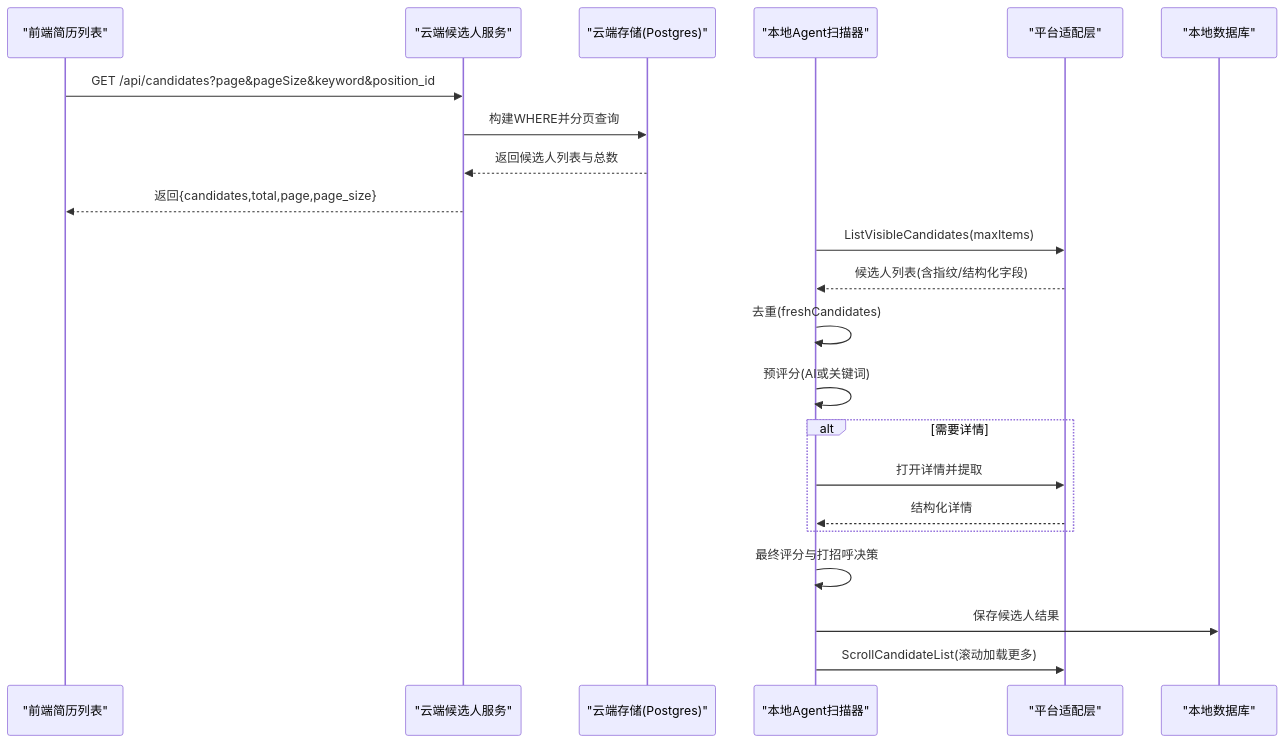
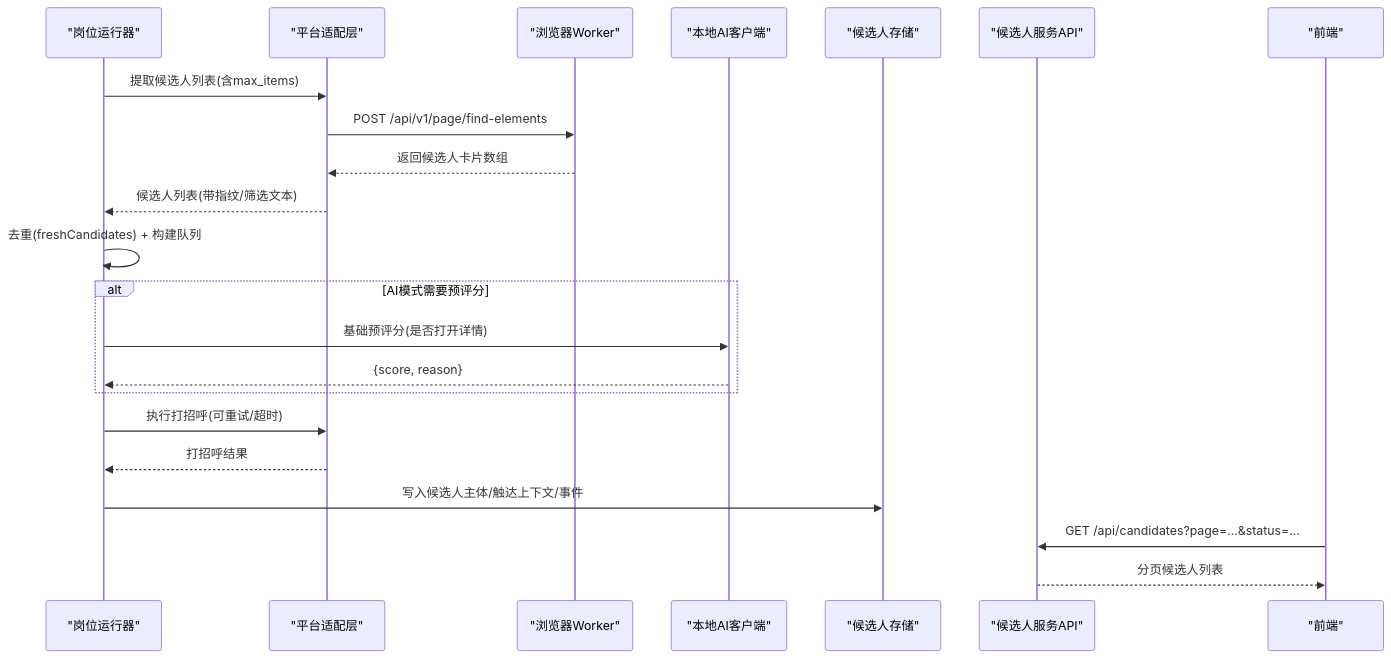
The second of 10 diagrams in .qoder/repowiki/zh/content/本地执行器/平台适配器/前程无忧适配器/候选人处理.md (alvinwangzi/goodhr), drawn with Mermaid before and after one commit. The commit also changed other lines of this file and 149 other files, not shown here.

````diff
--- a/.qoder/repowiki/zh/content/本地执行器/平台适配器/前程无忧适配器/候选人处理.md
+++ b/.qoder/repowiki/zh/content/本地执行器/平台适配器/前程无忧适配器/候选人处理.md
@@ -100,24 +93,24 @@
 ```mermaid
 sequenceDiagram
-participant FE as "前端简历列表"
-participant API as "云端候选人服务"
-participant DB as "云端存储(Postgres)"
-participant AG as "本地Agent扫描器"
-participant PL as "平台适配层"
-participant LDB as "本地数据库"
-FE->>API : GET /api/candidates?page&pageSize&keyword&position_id
-API->>DB : 构建WHERE并分页查询
-DB-->>API : 返回候选人列表与总数
-API-->>FE : 返回{candidates,total,page,page_size}
-AG->>PL : ListVisibleCandidates(maxItems)
-PL-->>AG : 候选人列表(含指纹/结构化字段)
-AG->>AG : 去重(freshCandidates)
-AG->>AG : 预评分(AI或关键词)
-alt 需要详情
-AG->>PL : 打开详情并提取
-PL-->>AG : 结构化详情
+participant Runner as "岗位运行器"
+participant Platform as "平台适配层"
+participant Worker as "浏览器Worker"
+participant AI as "本地AI客户端"
+participant Store as "候选人存储"
+participant API as "候选人服务API"
+participant Frontend as "前端"
+Runner->>Platform : 提取候选人列表(含max_items)
+Platform->>Worker : POST /api/v1/page/find-elements
+Worker-->>Platform : 返回候选人卡片数组
+Platform-->>Runner : 候选人列表(带指纹/筛选文本)
+Runner->>Runner : 去重(freshCandidates) + 构建队列
+alt AI模式需要预评分
+Runner->>AI : 基础预评分(是否打开详情)
+AI-->>Runner : {score, reason}
 end
-AG->>AG : 最终评分与打招呼决策
-AG->>LDB : 保存候选人结果
-AG->>PL : ScrollCandidateList(滚动加载更多)
+Runner->>Platform : 执行打招呼(可重试/超时)
+Platform-->>Runner : 打招呼结果
+Runner->>Store : 写入候选人主体/触达上下文/事件
+Frontend->>API : GET /api/candidates?page=...&status=...
+API-->>Frontend : 分页候选人列表
 ```
````
